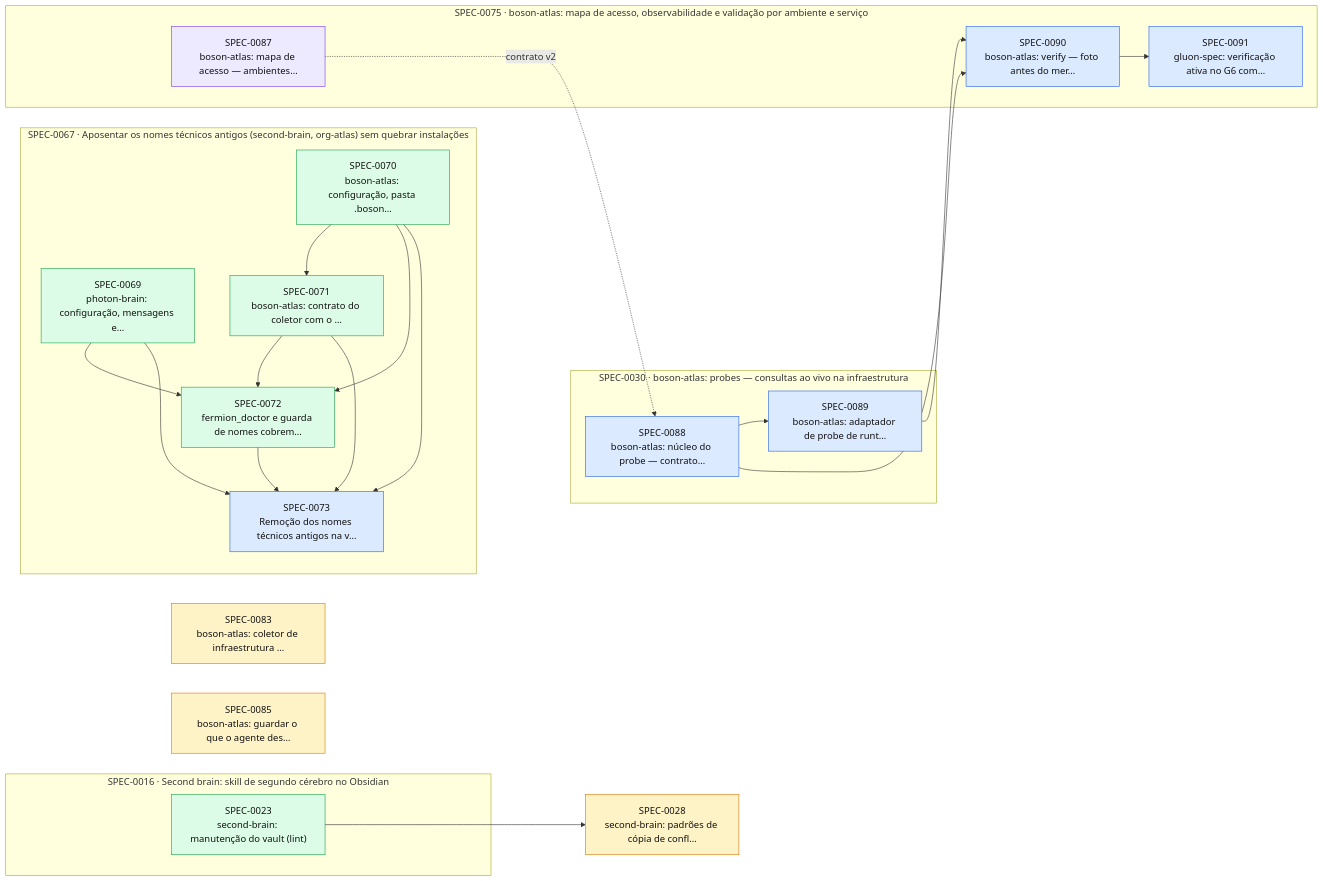
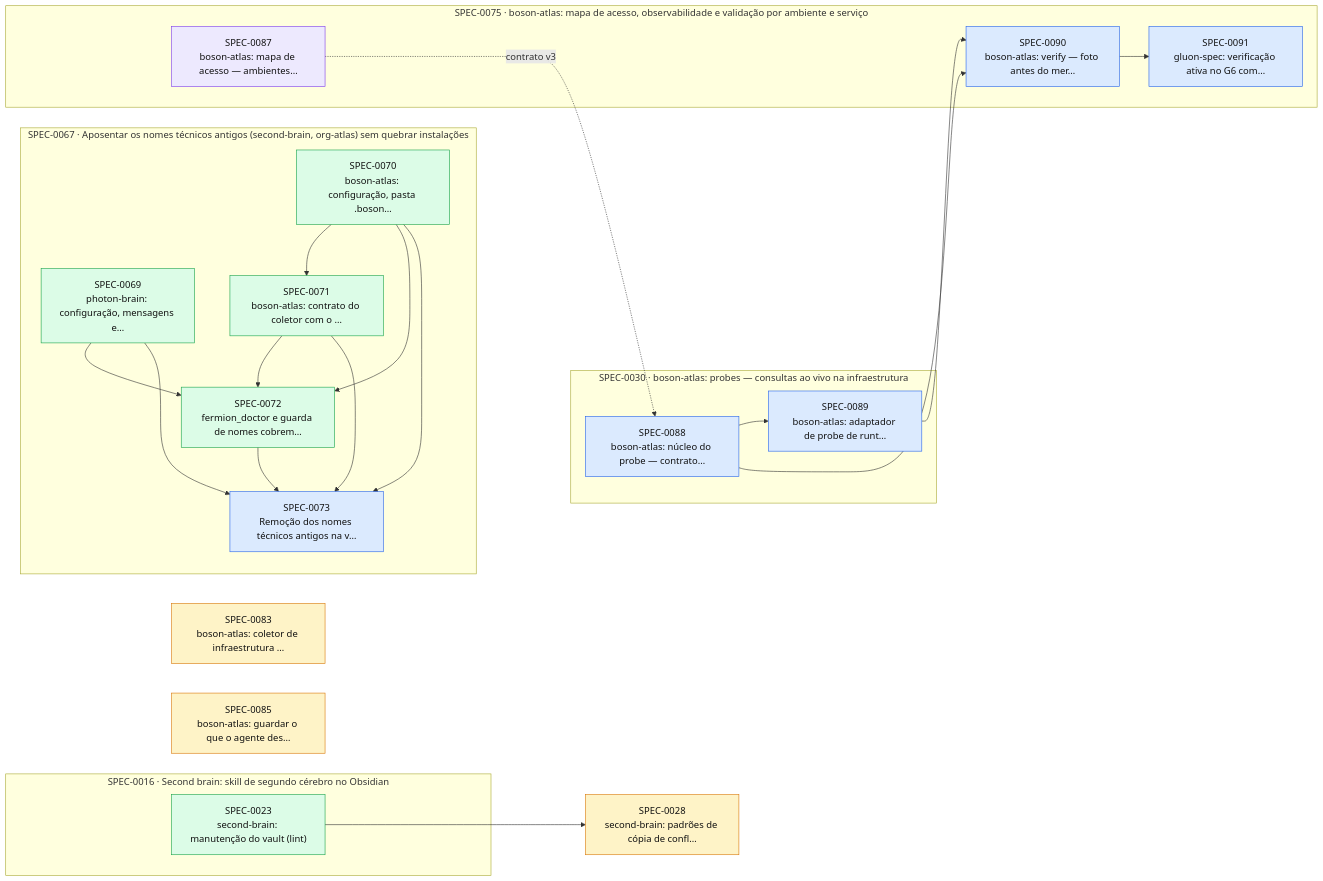
Before and after one commit to thomasravache/ai-dev-brain: the diagram in docs/specs/INDEX.md, drawn with Mermaid. The commit also changed other lines of this file and 2 other files, not shown here.

Commit message:
docs(specs): Emenda v3 da SPEC-0087 (relatório do implementer)
Refs: SPEC-0087

````diff
--- a/docs/specs/INDEX.md
+++ b/docs/specs/INDEX.md
@@ -68,44 +68,44 @@
 ```mermaid
 flowchart LR
   S0028["SPEC-0028<br/>second-brain: padrões de cópia de confl…"]:::proposed
   S0083["SPEC-0083<br/>boson-atlas: coletor de infraestrutura …"]:::proposed
   S0085["SPEC-0085<br/>boson-atlas: guardar o que o agente des…"]:::proposed
   subgraph E0016["SPEC-0016 · Second brain: skill de segundo cérebro no Obsidian"]
     S0023["SPEC-0023<br/>second-brain: manutenção do vault (lint)"]:::implemented
   end
   subgraph E0030["SPEC-0030 · boson-atlas: probes — consultas ao vivo na infraestrutura"]
     S0088["SPEC-0088<br/>boson-atlas: núcleo do probe — contrato…"]:::approved
     S0089["SPEC-0089<br/>boson-atlas: adaptador de probe de runt…"]:::approved
   end
   subgraph E0067["SPEC-0067 · Aposentar os nomes técnicos antigos (second-brain, org-atlas) sem quebrar instalações"]
     S0069["SPEC-0069<br/>photon-brain: configuração, mensagens e…"]:::implemented
     S0070["SPEC-0070<br/>boson-atlas: configuração, pasta .boson…"]:::implemented
     S0071["SPEC-0071<br/>boson-atlas: contrato do coletor com o …"]:::implemented
     S0072["SPEC-0072<br/>fermion_doctor e guarda de nomes cobrem…"]:::implemented
     S0073["SPEC-0073<br/>Remoção dos nomes técnicos antigos na v…"]:::approved
   end
   subgraph E0075["SPEC-0075 · boson-atlas: mapa de acesso, observabilidade e validação por ambiente e serviço"]
     S0087["SPEC-0087<br/>boson-atlas: mapa de acesso — ambientes…"]:::inprogress
     S0090["SPEC-0090<br/>boson-atlas: verify — foto antes do mer…"]:::approved
     S0091["SPEC-0091<br/>gluon-spec: verificação ativa no G6 com…"]:::approved
   end
   S0023 --> S0028
   S0070 --> S0071
   S0069 --> S0072
   S0070 --> S0072
   S0071 --> S0072
   S0069 --> S0073
   S0070 --> S0073
   S0071 --> S0073
   S0072 --> S0073
-  S0087 -. contrato v2 .-> S0088
+  S0087 -. contrato v3 .-> S0088
   S0088 --> S0089
   S0088 --> S0090
   S0089 --> S0090
   S0090 --> S0091
   classDef proposed fill:#fef3c7,stroke:#d97706,color:#111
   classDef approved fill:#dbeafe,stroke:#2563eb,color:#111
   classDef inprogress fill:#ede9fe,stroke:#7c3aed,color:#111
   classDef implemented fill:#dcfce7,stroke:#16a34a,color:#111
   classDef deprecated fill:#f3f4f6,stroke:#9ca3af,color:#6b7280
 ```
````
